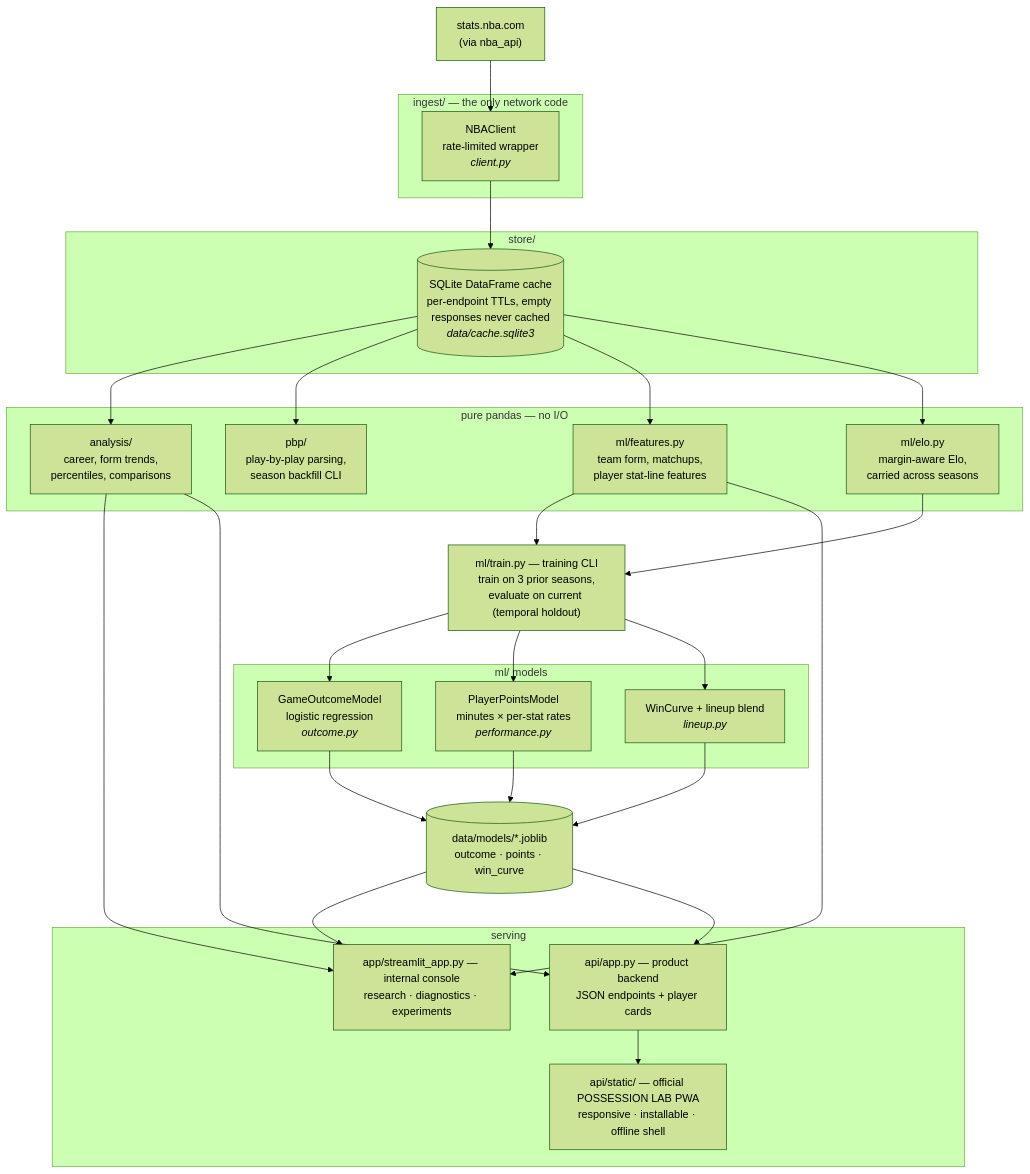
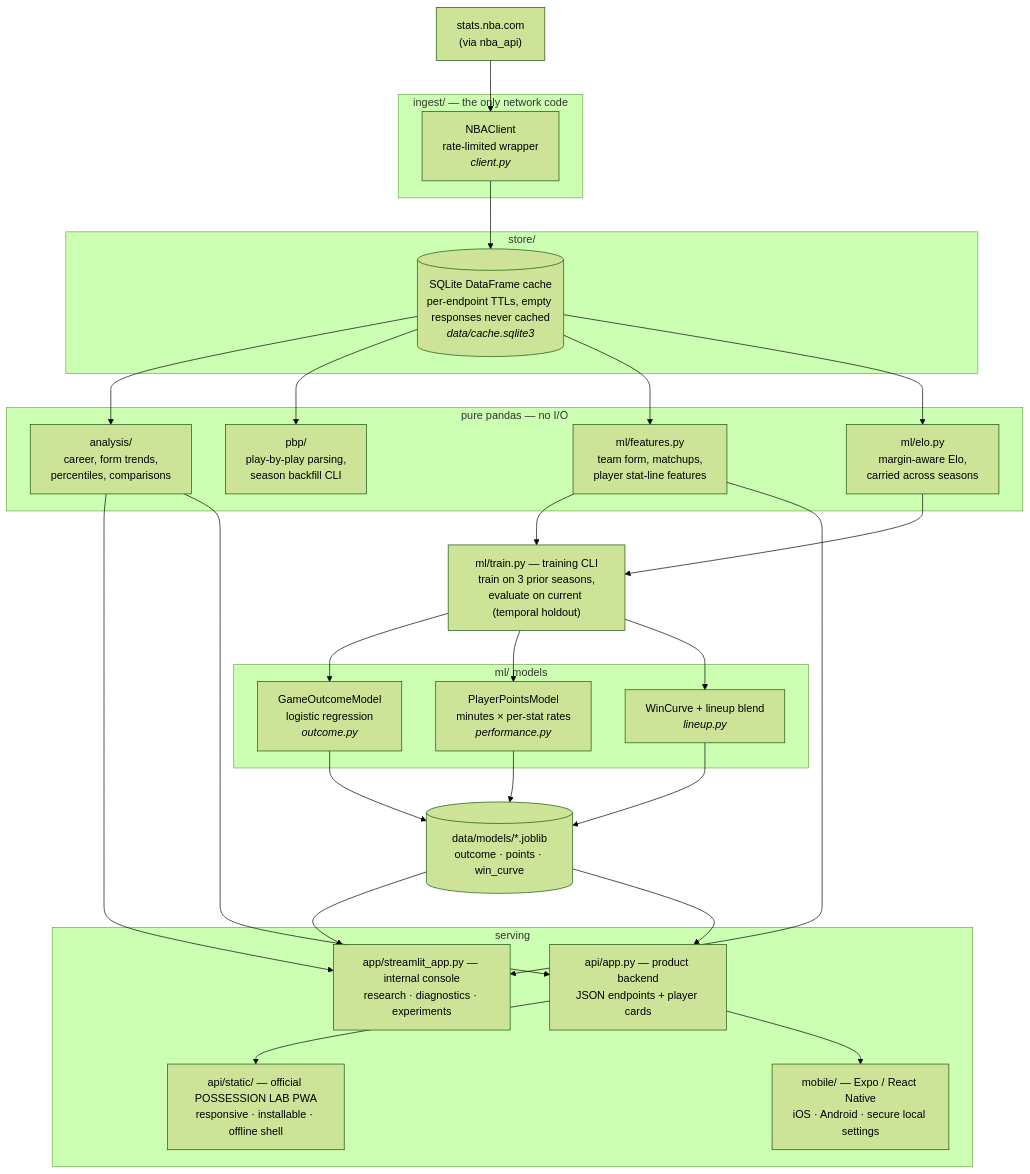
The diagram in docs/ARCHITECTURE.md (andrewyimingchen/Sports-Analytics), drawn with Mermaid (forest theme) before and after one commit. The commit also changed other lines of this file and 41 other files, not shown here.

First line of the commit message:
Build native POSSESSION LAB mobile app (#34)

````diff
--- a/docs/ARCHITECTURE.md
+++ b/docs/ARCHITECTURE.md
@@ -15,50 +15,52 @@
 ```mermaid
 flowchart TB
     NBA["stats.nba.com<br/>(via nba_api)"]
 
     subgraph INGEST["ingest/ — the only network code"]
         CLIENT["NBAClient<br/>rate-limited wrapper<br/><i>client.py</i>"]
     end
 
     subgraph STORE["store/"]
         CACHE[("SQLite DataFrame cache<br/>per-endpoint TTLs, empty responses never cached<br/><i>data/cache.sqlite3</i>")]
     end
 
     subgraph PURE["pure pandas — no I/O"]
         ANALYSIS["analysis/<br/>career, form trends,<br/>percentiles, comparisons"]
         PBP["pbp/<br/>play-by-play parsing,<br/>season backfill CLI"]
         FEATURES["ml/features.py<br/>team form, matchups,<br/>player stat-line features"]
         ELO["ml/elo.py<br/>margin-aware Elo,<br/>carried across seasons"]
     end
 
     subgraph MODELS["ml/ models"]
         OUTCOME["GameOutcomeModel<br/>logistic regression<br/><i>outcome.py</i>"]
         POINTS["PlayerPointsModel<br/>minutes × per-stat rates<br/><i>performance.py</i>"]
         LINEUP["WinCurve + lineup blend<br/><i>lineup.py</i>"]
     end
 
     TRAIN["ml/train.py — training CLI<br/>train on 3 prior seasons,<br/>evaluate on current (temporal holdout)"]
     ARTIFACTS[("data/models/*.joblib<br/>outcome · points · win_curve")]
 
     subgraph SERVE["serving"]
         STREAMLIT["app/streamlit_app.py — internal console<br/>research · diagnostics · experiments"]
         API["api/app.py — product backend<br/>JSON endpoints + player cards"]
         PWA["api/static/ — official POSSESSION LAB PWA<br/>responsive · installable · offline shell"]
+        MOBILE["mobile/ — Expo / React Native<br/>iOS · Android · secure local settings"]
     end
 
     NBA --> CLIENT --> CACHE
     CACHE --> ANALYSIS
     CACHE --> PBP
     CACHE --> FEATURES
     CACHE --> ELO
     FEATURES --> TRAIN
     ELO --> TRAIN
     TRAIN --> OUTCOME & POINTS & LINEUP
     OUTCOME & POINTS & LINEUP --> ARTIFACTS
     ARTIFACTS --> STREAMLIT
     ARTIFACTS --> API
     ANALYSIS --> STREAMLIT
     ANALYSIS --> API
     FEATURES --> STREAMLIT
     API --> PWA
+    API --> MOBILE
 ```
````
